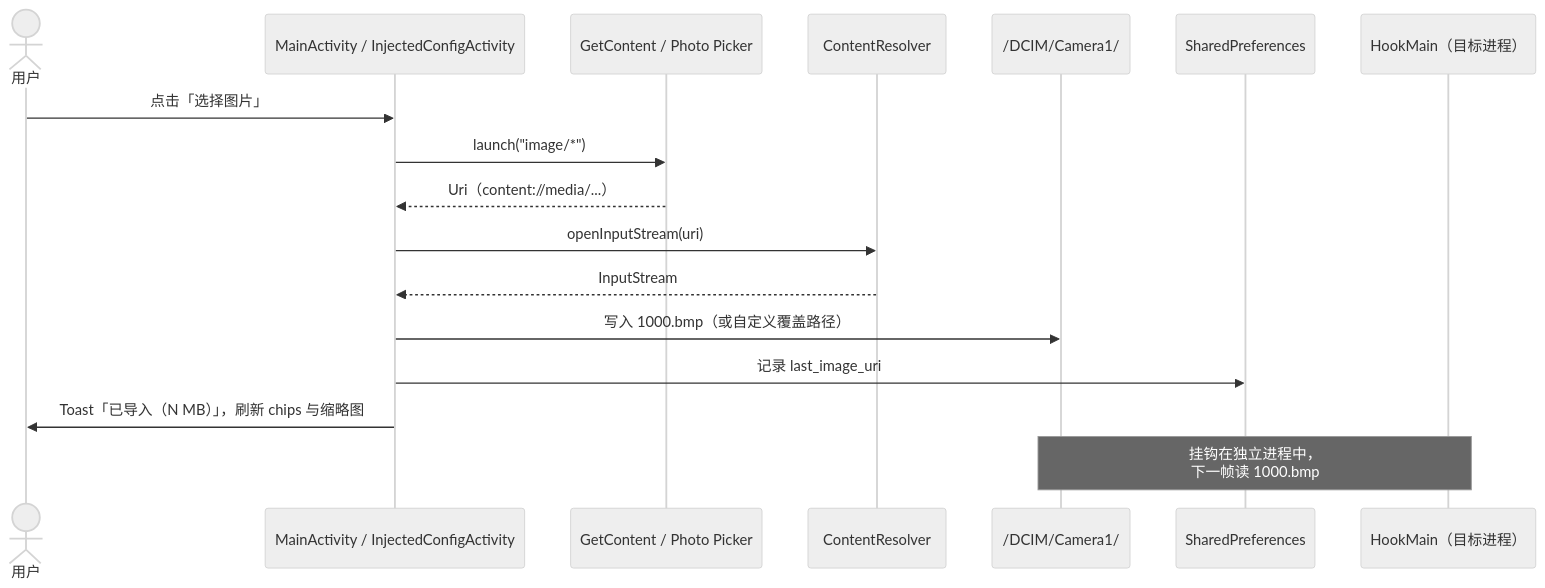
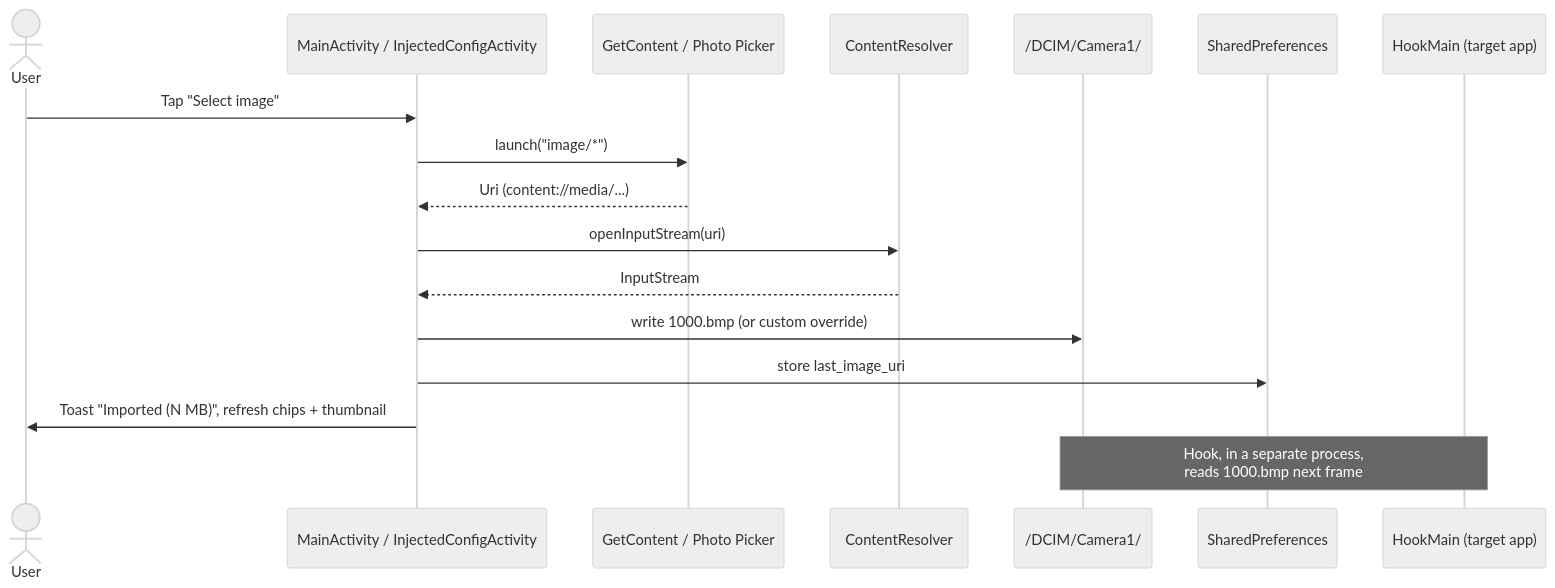
Before and after one commit to Steake/com.example.vcam: the second of 3 diagrams in README.md, drawn with Mermaid (neutral theme). The commit also changed other lines of this file and 4 other files, not shown here.

````diff
--- a/README.md
+++ b/README.md
@@ -109,20 +109,20 @@
 ```mermaid
 sequenceDiagram
-    actor User as 用户
+    actor User
     participant UI as MainActivity / InjectedConfigActivity
     participant GC as GetContent / Photo Picker
     participant CR as ContentResolver
     participant FS as /DCIM/Camera1/
     participant SP as SharedPreferences
-    participant Hook as HookMain（目标进程）
+    participant Hook as HookMain (target app)
 
-    User->>UI: 点击「选择图片」
+    User->>UI: Tap "Select image"
     UI->>GC: launch("image/*")
-    GC-->>UI: Uri（content://media/...）
+    GC-->>UI: Uri (content://media/...)
     UI->>CR: openInputStream(uri)
     CR-->>UI: InputStream
-    UI->>FS: 写入 1000.bmp（或自定义覆盖路径）
-    UI->>SP: 记录 last_image_uri
-    UI->>User: Toast「已导入（N MB）」，刷新 chips 与缩略图
-    Note over Hook,FS: 挂钩在独立进程中，<br/>下一帧读 1000.bmp
+    UI->>FS: write 1000.bmp (or custom override)
+    UI->>SP: store last_image_uri
+    UI->>User: Toast "Imported (N MB)", refresh chips + thumbnail
+    Note over Hook,FS: Hook, in a separate process,<br/>reads 1000.bmp next frame
 ```
````
